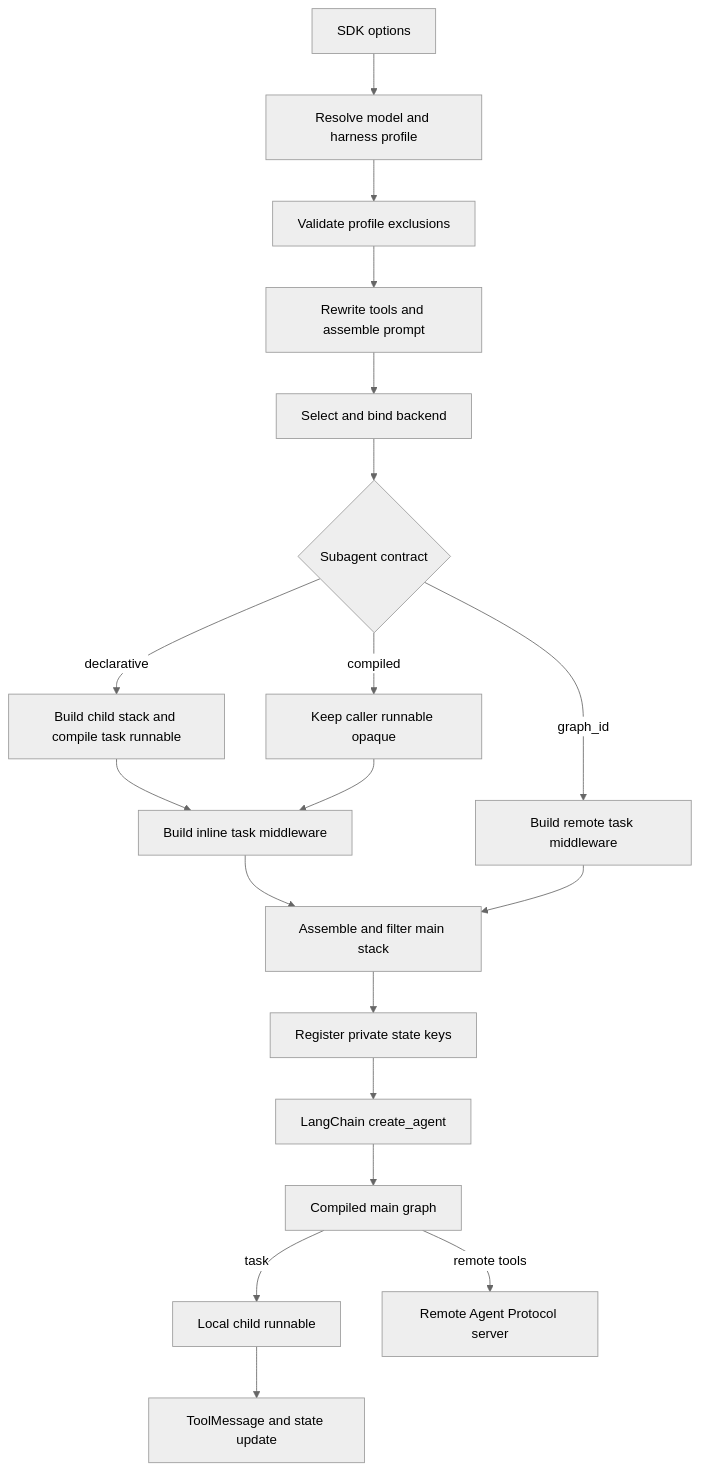
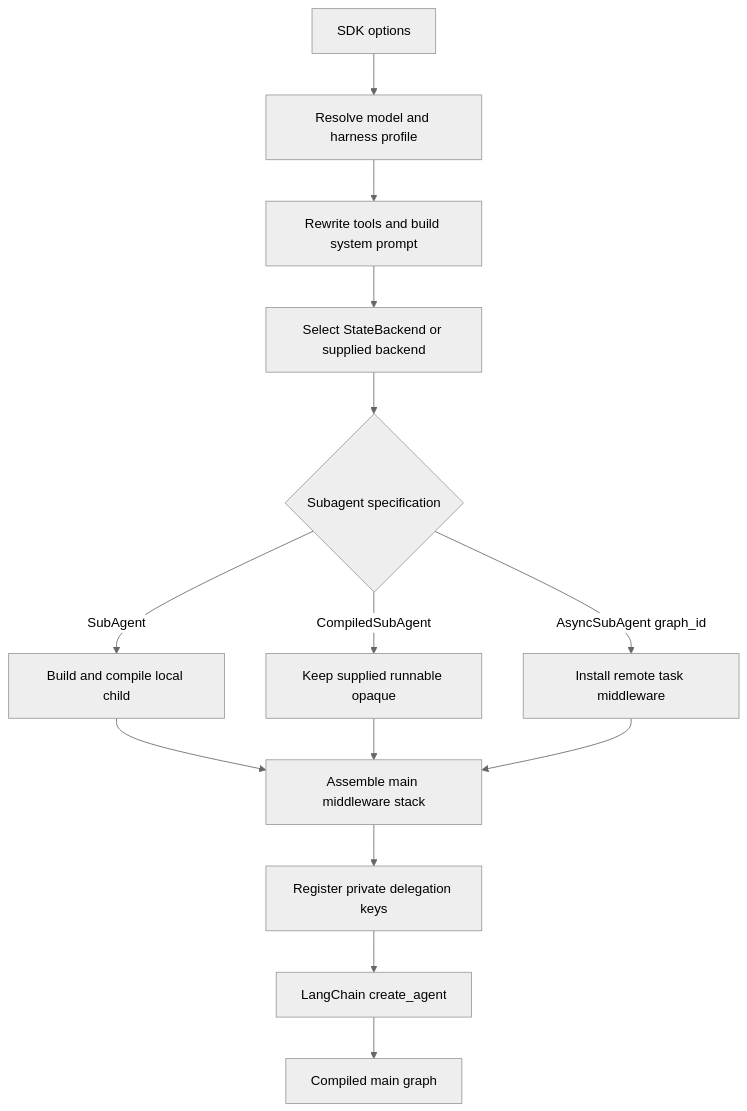
One commit to langchain-ai/deepagents changed the first of 3 diagrams in openwiki/architecture/sdk-construction-execution.md. Above: the diagram before and after it, drawn with Mermaid (neutral theme). The commit also changed other lines of this file and 38 other files, not shown here.

````diff
--- a/openwiki/architecture/sdk-construction-execution.md
+++ b/openwiki/architecture/sdk-construction-execution.md
@@ -43,21 +45,16 @@
 ```mermaid
 flowchart TD
     Input["SDK options"] --> Resolve["Resolve model and harness profile"]
-    Resolve --> Validate["Validate profile exclusions"]
-    Validate --> Prepare["Rewrite tools and assemble prompt"]
-    Prepare --> Backend["Select and bind backend"]
-    Backend --> Split{"Subagent contract"}
-    Split -->|"declarative"| Declarative["Build child stack and compile task runnable"]
-    Split -->|"compiled"| Compiled["Keep caller runnable opaque"]
-    Split -->|"graph_id"| Remote["Build remote task middleware"]
-    Declarative --> Inline["Build inline task middleware"]
-    Compiled --> Inline
-    Inline --> Stack["Assemble and filter main stack"]
-    Remote --> Stack
-    Stack --> Private["Register private state keys"]
+    Resolve --> Prepare["Rewrite tools and build system prompt"]
+    Prepare --> Backend["Select StateBackend or supplied backend"]
+    Backend --> Split{"Subagent specification"}
+    Split -->|"SubAgent"| LocalBuild["Build and compile local child"]
+    Split -->|"CompiledSubAgent"| Opaque["Keep supplied runnable opaque"]
+    Split -->|"AsyncSubAgent graph_id"| RemoteBuild["Install remote task middleware"]
+    LocalBuild --> Stack["Assemble main middleware stack"]
+    Opaque --> Stack
+    RemoteBuild --> Stack
+    Stack --> Private["Register private delegation keys"]
     Private --> Compile["LangChain create_agent"]
     Compile --> Main["Compiled main graph"]
-    Main -->|"task"| Local["Local child runnable"]
-    Local --> Result["ToolMessage and state update"]
-    Main -->|"remote tools"| Server["Remote Agent Protocol server"]
 ```
````
